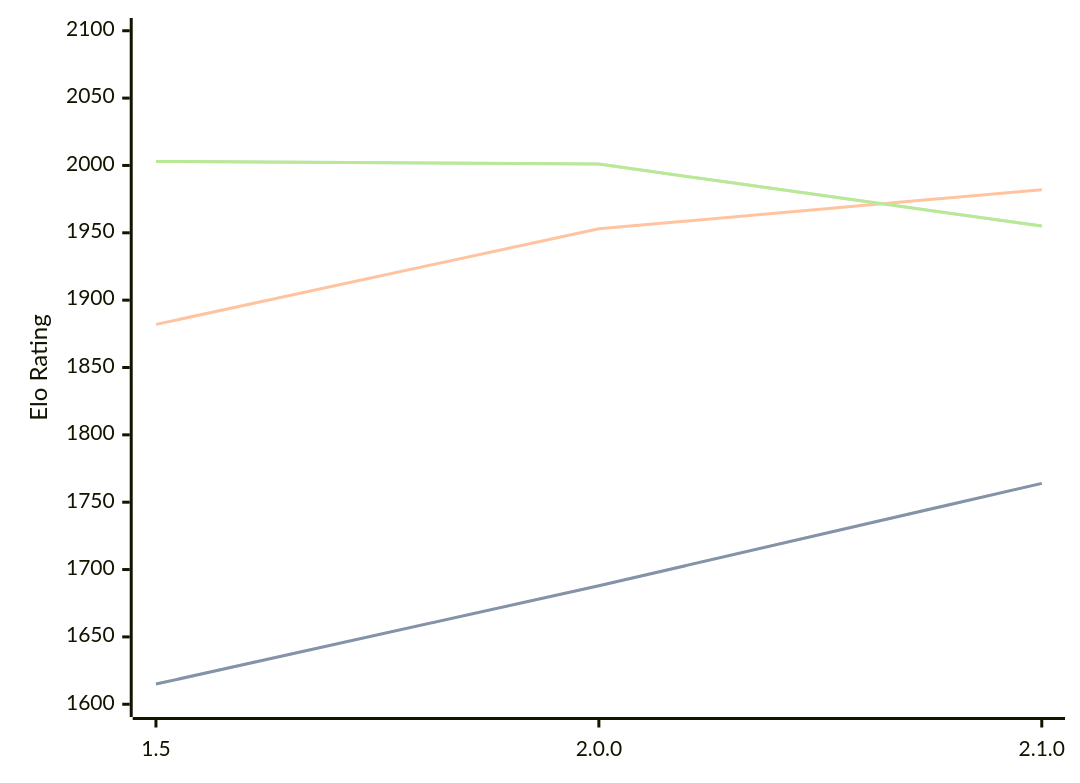
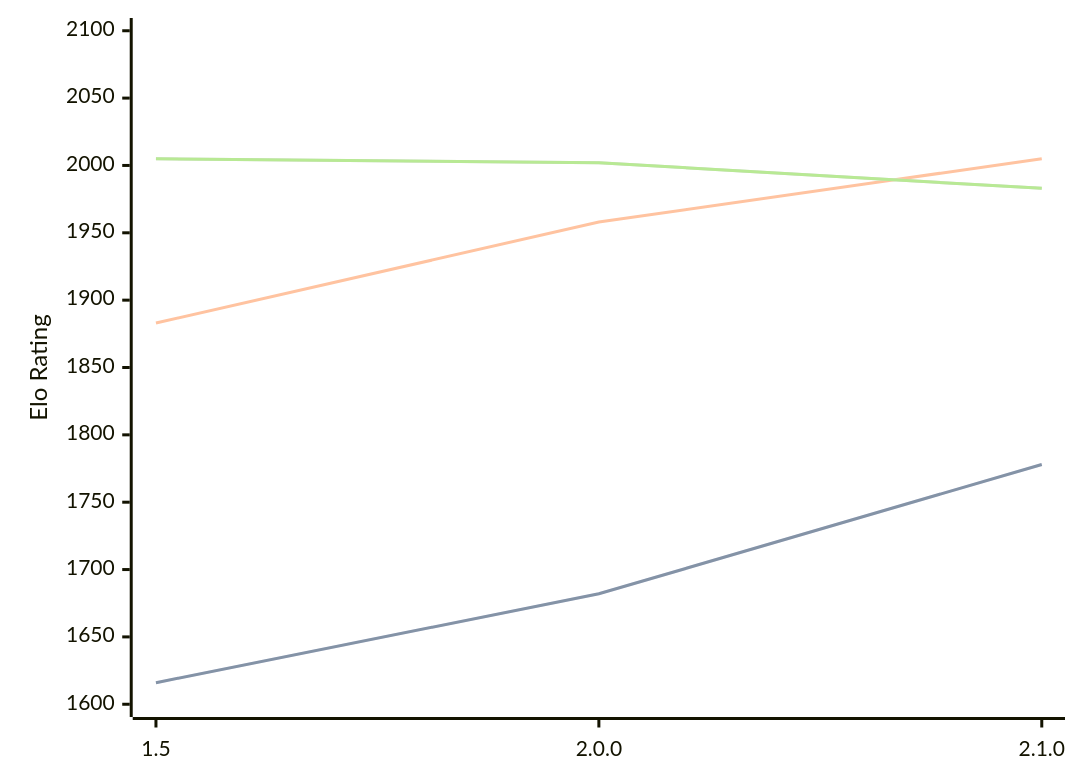
The diagram in engines/Rudim.md (computer-chess-index/cci), drawn with Mermaid before and after one commit. The commit also changed other lines of this file, not shown here.

Commit message:
Update CCI Ratings (ELO VLTC) - 2026-05-16

````diff
--- a/engines/Rudim.md
+++ b/engines/Rudim.md
@@ -38,11 +38,11 @@
 ```mermaid
 %%{init: {"theme":"base","themeVariables":{"seriesColors:['#a3a3a3','#222221','#faa371']}}}%%
 xychart-beta
   x-axis ["1.5", "2.0.0", "2.1.0"]
   y-axis "Elo Rating" 1600 --> 2100
-  line "STC (8.0+0.08s)" [1615, 1688, 1764]
-  line "STC (8.0+0.08s)" [1615, 1688, 1764]
-  line "LTC (60.0+0.60s)" [1882, 1953, 1982]
-  line "VLTC (2m24s+1.12s)" [2003, 2001, 1955]
-  line "VLTC (2m24s+1.12s)" [2003, 2001, 1955]
+  line "STC (8.0+0.08s)" [1616, 1682, 1778]
+  line "STC (8.0+0.08s)" [1616, 1682, 1778]
+  line "LTC (60.0+0.60s)" [1883, 1958, 2005]
+  line "VLTC (2m24s+1.12s)" [2005, 2002, 1983]
+  line "VLTC (2m24s+1.12s)" [2005, 2002, 1983]
 ```
````
